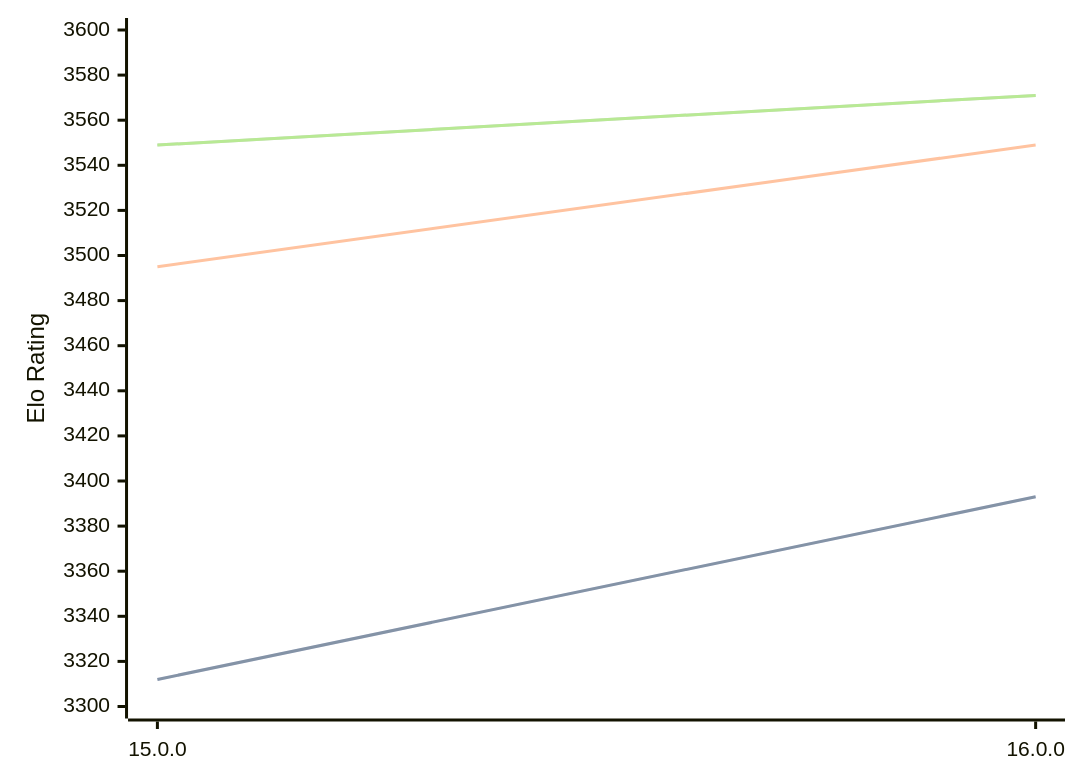
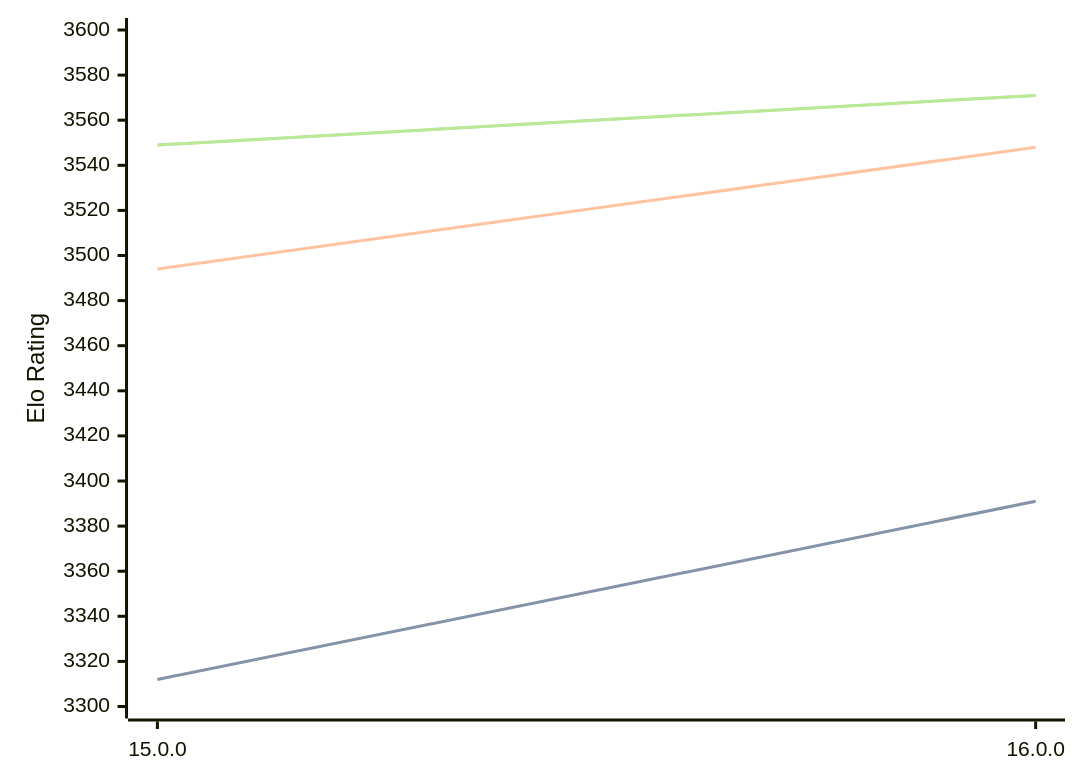
One commit to computer-chess-index/cci changed the diagram in engines/Halogen.md. Above: the diagram before and after it, drawn with Mermaid. The commit also changed other lines of this file, not shown here.

Commit message:
Update CCI Ratings (ELO VLTC) - 2026-03-23

````diff
--- a/engines/Halogen.md
+++ b/engines/Halogen.md
@@ -50,11 +50,11 @@
 ```mermaid
 %%{init: {"theme":"base","themeVariables":{"seriesColors:['#a3a3a3','#222221','#faa371']}}}%%
 xychart-beta
   x-axis ["15.0.0", "16.0.0"]
   y-axis "Elo Rating" 3300 --> 3600
-  line "STC (8.0+0.08s)" [3312, 3393]
-  line "STC (8.0+0.08s)" [3312, 3393]
-  line "LTC (60.0+0.60s)" [3495, 3549]
+  line "STC (8.0+0.08s)" [3312, 3391]
+  line "STC (8.0+0.08s)" [3312, 3391]
+  line "LTC (60.0+0.60s)" [3494, 3548]
   line "VLTC (2m24s+1.12s)" [3549, 3571]
   line "VLTC (2m24s+1.12s)" [3549, 3571]
 ```
````
